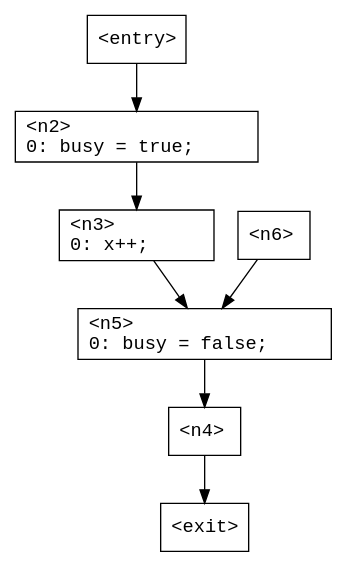
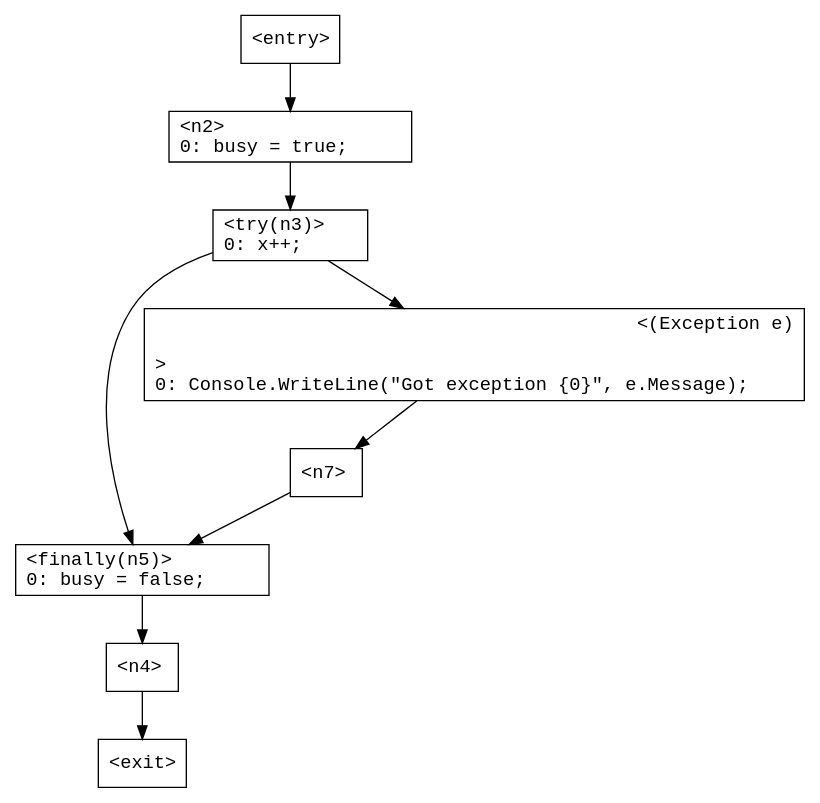
Before and after one commit to ashalkhakov/Tarp: the diagram in TarpTests/Cfg/Data/TestTryCatchFinally.gv, drawn with Graphviz. The commit also changed 12 other files, not shown here.

First line of the commit message:
Implement CFGs for try-catch-finally.

```diff
--- a/TarpTests/Cfg/Data/TestTryCatchFinally.gv
+++ b/TarpTests/Cfg/Data/TestTryCatchFinally.gv
@@ -1,30 +1,35 @@
 digraph G
 {
     n0 [ shape = "box"
              fontname = "Monospace"
              label = "<entry>\l" ];
       n0 -> n2;
     n1 [ shape = "box"
              fontname = "Monospace"
              label = "<exit>\l" ];
     n2 [ shape = "box"
              fontname = "Monospace"
              label = "<n2>\l0:	busy = true;\l" ];
       n2 -> n3;
     n3 [ shape = "box"
              fontname = "Monospace"
-             label = "<n3>\l0:	x++;\l" ];
+             label = "<try(n3)>\l0:	x++;\l" ];
       n3 -> n5;
+      n3 -> n6;
     n4 [ shape = "box"
              fontname = "Monospace"
              label = "<n4>\l" ];
       n4 -> n1;
     n5 [ shape = "box"
              fontname = "Monospace"
-             label = "<n5>\l0:	busy = false;\l" ];
+             label = "<finally(n5)>\l0:	busy = false;\l" ];
       n5 -> n4;
     n6 [ shape = "box"
              fontname = "Monospace"
-             label = "<n6>\l" ];
-      n6 -> n5;
+             label = "<(Exception e)\r\n>\l0:	Console.WriteLine(\"Got exception {0}\", e.Message);\l" ];
+      n6 -> n7;
+    n7 [ shape = "box"
+             fontname = "Monospace"
+             label = "<n7>\l" ];
+      n7 -> n5;
 }
```
